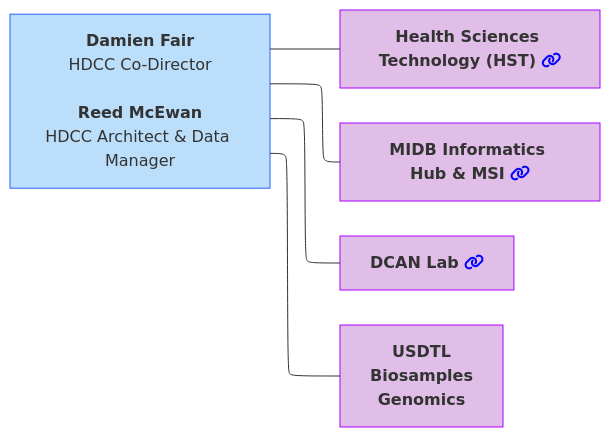
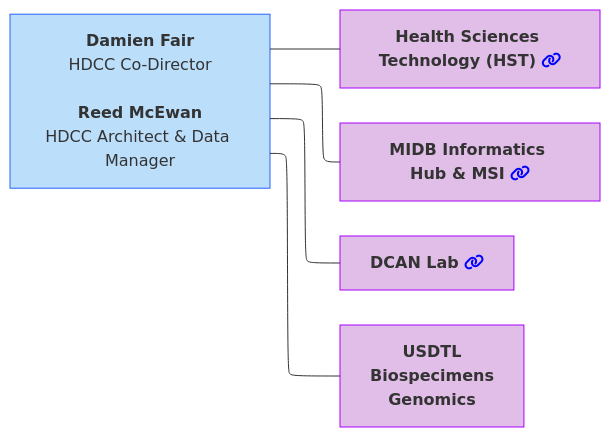
Before and after one commit to DCAN-Labs/hbcd-docs-internal: the sixth of 10 diagrams in docs/orgcharts.md, drawn with Mermaid.

Commit message:
UMN update

````diff
--- a/docs/orgcharts.md
+++ b/docs/orgcharts.md
@@ -286,19 +286,19 @@
 ```mermaid
 ---
 config:
   layout: elk
 ---
 flowchart LR
     A1["<b>Damien Fair</b><br>HDCC Co-Director<br><br><b>Reed McEwan</b><br>HDCC Architect &amp; Data Manager"] 
     A1 --- HST["<b>Health Sciences Technology (HST)</b> <i class="fa-solid fa-link" style="color: blue;"></i>"]
     A1 --- MIDB["<b>MIDB Informatics Hub &amp; MSI</b> <i class="fa-solid fa-link" style="color: blue;"></i>"]
-    A1 --- DCAN["<b>DCAN Lab</b> <i class="fa-solid fa-link" style="color: blue;"></i>"] & n6["<b>USDTL<br>Biosamples<br>Genomics</b>"]
+    A1 --- DCAN["<b>DCAN Lab</b> <i class="fa-solid fa-link" style="color: blue;"></i>"] & n6["<b>USDTL<br>Biospecimens<br>Genomics</b>"]
     style A1 fill:#BBDEFB,stroke:#2962FF
     style HST fill:#E1BEE7,stroke:#AA00FF
     style MIDB fill:#E1BEE7,stroke:#AA00FF
     style DCAN fill:#E1BEE7,stroke:#AA00FF
     style n6 fill:#E1BEE7,stroke:#AA00FF
     click HST "#health-sciences-technology-hst"
     click MIDB "#midb-informatics-hub-msi"
     click DCAN "#dcan-lab"
 ```
````
